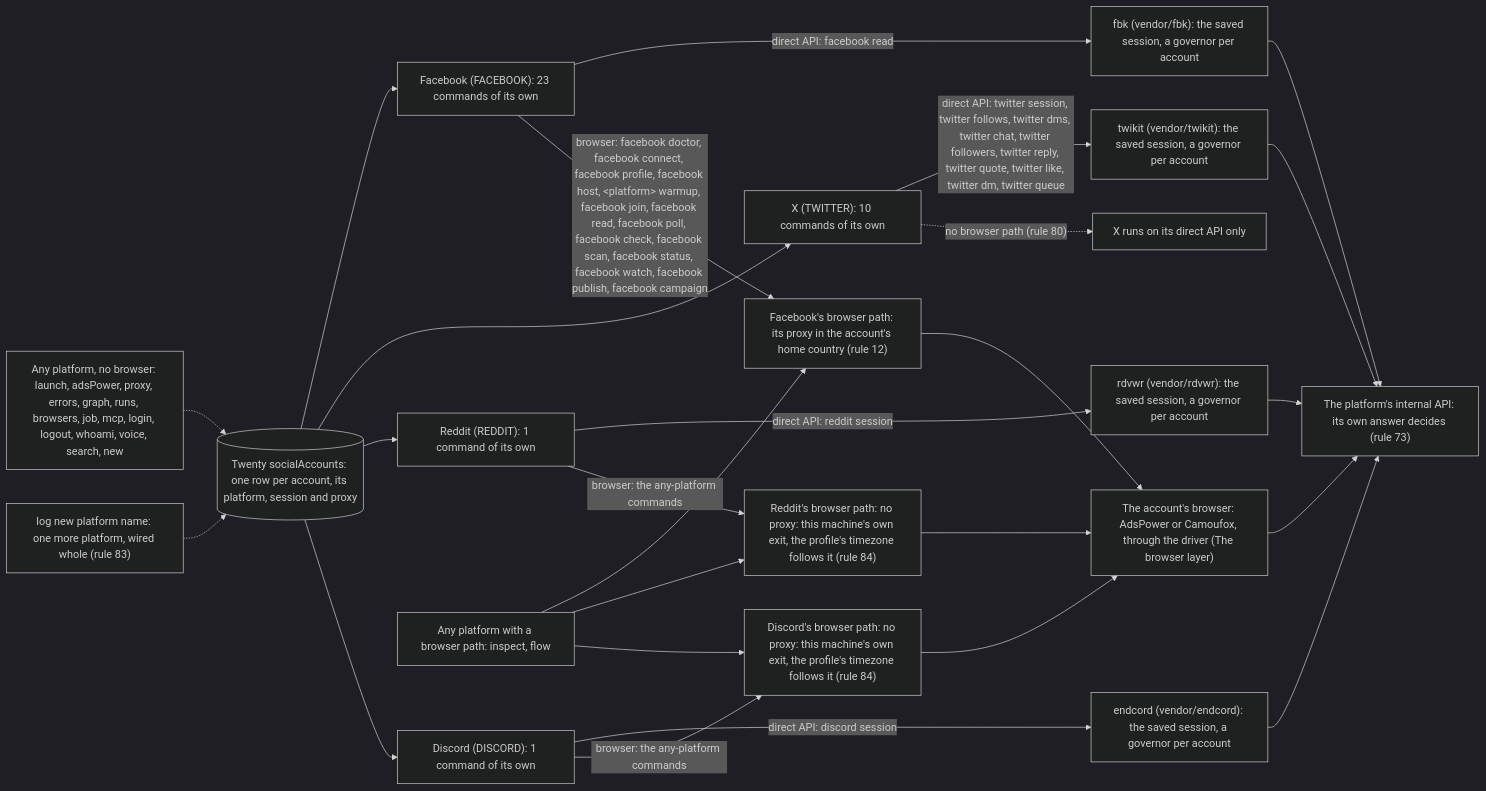
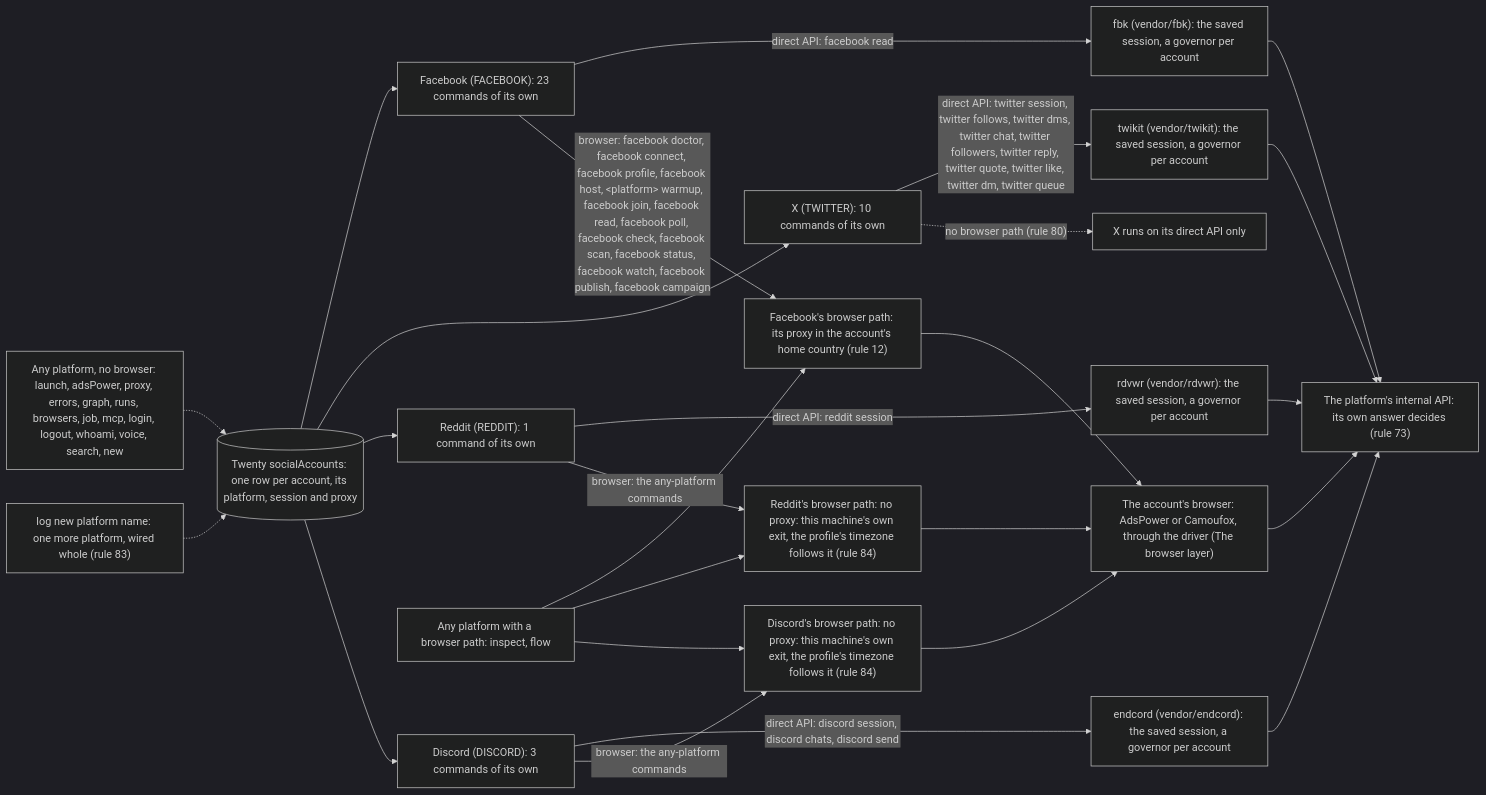
The first of 6 diagrams in README.md (matthewdonsemail-lab/log), drawn with Mermaid (dark theme) before and after one commit. The commit also changed other lines of this file and 10 other files, not shown here.

Commit message:
feat(discord): log discord chats and send, on endcord, each an MCP tool

````diff
--- a/README.md
+++ b/README.md
@@ -126,37 +126,37 @@
 ```mermaid
 flowchart LR
   twenty[("Twenty socialAccounts: one row per account, its platform, session and proxy")]
   api["The platform's internal API: its own answer decides (rule 73)"]
   drivers["The account's browser: AdsPower or Camoufox, through the driver (The browser layer)"]
   p_facebook["Facebook (FACEBOOK): 23 commands of its own"]
   twenty --> p_facebook
   p_facebook -->|"direct API: facebook read"| e_fbk["fbk (vendor/fbk): the saved session, a governor per account"]
   e_fbk --> api
   p_facebook -->|"browser: facebook doctor, facebook connect, facebook profile, facebook host, #lt;platform#gt; warmup, facebook join, facebook read, facebook poll, facebook check, facebook scan, facebook status, facebook watch, facebook publish, facebook campaign"| b_facebook["Facebook's browser path: its proxy in the account's home country (rule 12)"]
   b_facebook --> drivers
   p_twitter["X (TWITTER): 10 commands of its own"]
   twenty --> p_twitter
   p_twitter -->|"direct API: twitter session, twitter follows, twitter dms, twitter chat, twitter followers, twitter reply, twitter quote, twitter like, twitter dm, twitter queue"| e_twikit["twikit (vendor/twikit): the saved session, a governor per account"]
   e_twikit --> api
   p_twitter -.->|"no browser path (rule 80)"| nob_twitter["X runs on its direct API only"]
   p_reddit["Reddit (REDDIT): 1 command of its own"]
   twenty --> p_reddit
   p_reddit -->|"direct API: reddit session"| e_rdvwr["rdvwr (vendor/rdvwr): the saved session, a governor per account"]
   e_rdvwr --> api
   p_reddit -->|"browser: the any-platform commands"| b_reddit["Reddit's browser path: no proxy: this machine's own exit, the profile's timezone follows it (rule 84)"]
   b_reddit --> drivers
-  p_discord["Discord (DISCORD): 1 command of its own"]
+  p_discord["Discord (DISCORD): 3 commands of its own"]
   twenty --> p_discord
-  p_discord -->|"direct API: discord session"| e_endcord["endcord (vendor/endcord): the saved session, a governor per account"]
+  p_discord -->|"direct API: discord session, discord chats, discord send"| e_endcord["endcord (vendor/endcord): the saved session, a governor per account"]
   e_endcord --> api
   p_discord -->|"browser: the any-platform commands"| b_discord["Discord's browser path: no proxy: this machine's own exit, the profile's timezone follows it (rule 84)"]
   b_discord --> drivers
   anyB["Any platform with a browser path: inspect, flow"]
   anyB --> b_facebook
   anyB --> b_reddit
   anyB --> b_discord
   anyN["Any platform, no browser: launch, adsPower, proxy, errors, graph, runs, browsers, job, mcp, login, logout, whoami, voice, search, new"]
   anyN -.-> twenty
   newP["log new platform name: one more platform, wired whole (rule 83)"] -.-> twenty
   drivers --> api
 ```
````
